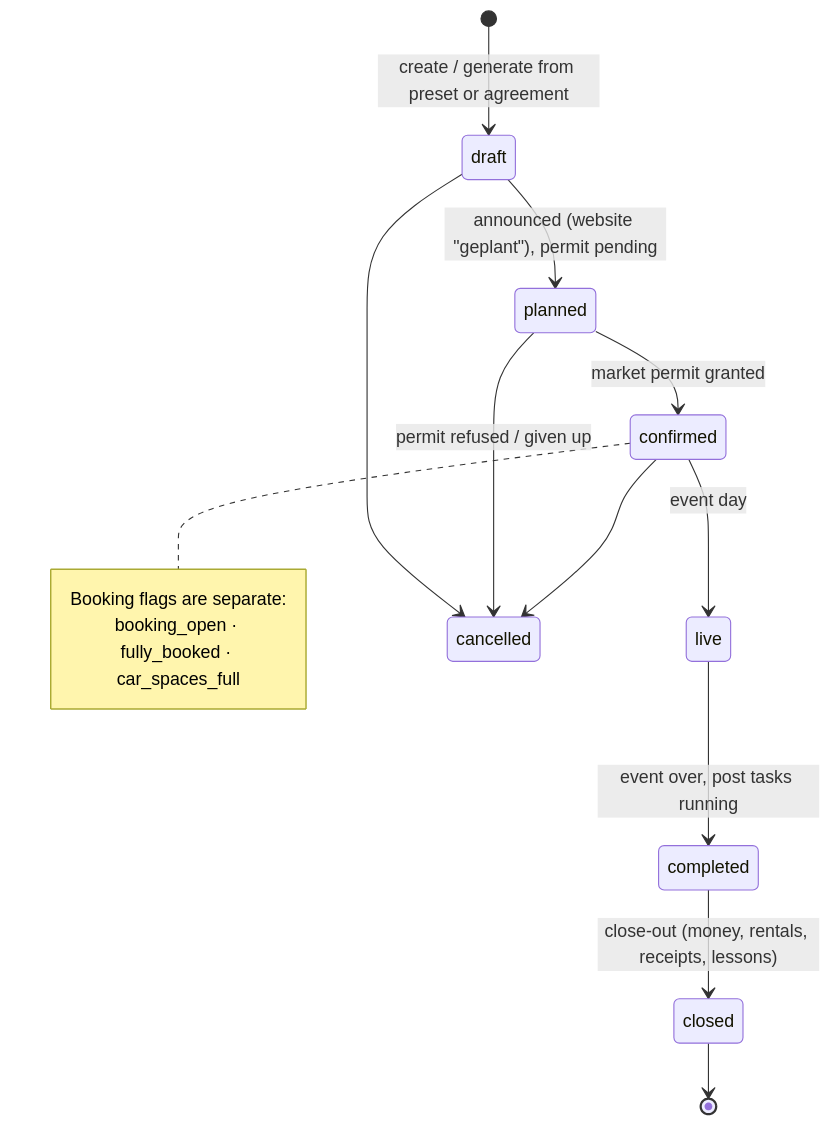
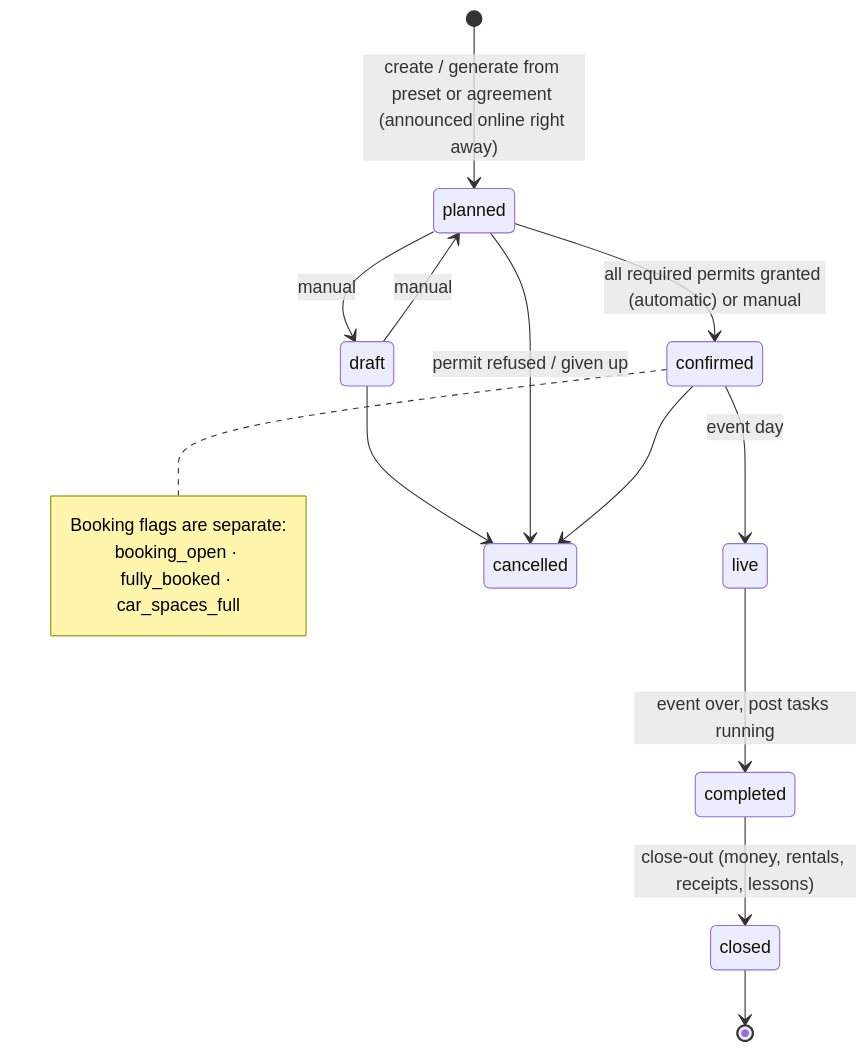
The first of 12 diagrams in docs/product/user-flows.md (coelln-konzept/marktwerk), drawn with Mermaid before and after one commit. The commit also changed 36 other files, not shown here.

First line of the commit message:
feat(events): new events start planned, auto-confirm when all required permits are granted

````diff
--- a/docs/product/user-flows.md
+++ b/docs/product/user-flows.md
@@ -8,17 +8,18 @@
 ```mermaid
 stateDiagram-v2
-    [*] --> draft: create / generate from preset or agreement
-    draft --> planned: announced (website "geplant"), permit pending
-    planned --> confirmed: market permit granted
+    [*] --> planned: create / generate from preset or agreement (announced online right away)
+    draft --> planned: manual
+    planned --> draft: manual
+    planned --> confirmed: all required permits granted (automatic) or manual
     confirmed --> live: event day
     live --> completed: event over, post tasks running
     completed --> closed: close-out (money, rentals, receipts, lessons)
     draft --> cancelled
     planned --> cancelled: permit refused / given up
     confirmed --> cancelled
     closed --> [*]
     note right of confirmed
       Booking flags are separate:
       booking_open · fully_booked · car_spaces_full
     end note
 ```
````
